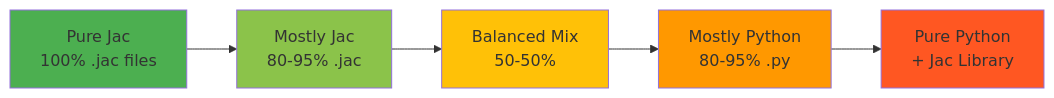
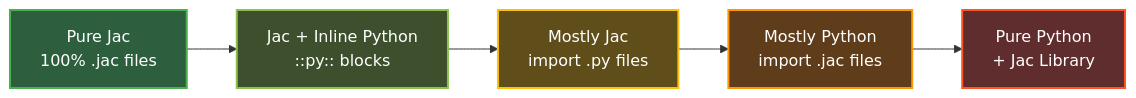
The diagram in docs/docs/learn/superset_python.md (Gorgeous-Patrick/jaseci), drawn with Mermaid before and after one commit. The commit also changed other lines of this file, not shown here.

````diff
--- a/docs/docs/learn/superset_python.md
+++ b/docs/docs/learn/superset_python.md
@@ -124,13 +141,13 @@
 ```mermaid
 graph LR
-    A[Pure Jac<br/>100% .jac files] --> B[Mostly Jac<br/>80-95% .jac]
-    B --> C[Balanced Mix<br/>50-50%]
-    C --> D[Mostly Python<br/>80-95% .py]
+    A[Pure Jac<br/>100% .jac files] --> B[Jac + Inline Python<br/>::py:: blocks]
+    B --> C[Mostly Jac<br/>import .py files]
+    C --> D[Mostly Python<br/>import .jac files]
     D --> E[Pure Python<br/>+ Jac Library]
 
-    style A fill:#4CAF50
-    style B fill:#8BC34A
-    style C fill:#FFC107
-    style D fill:#FF9800
-    style E fill:#FF5722
+    style A fill:#2d5f3f,stroke:#4CAF50,stroke-width:2px,color:#fff
+    style B fill:#3d4f2d,stroke:#8BC34A,stroke-width:2px,color:#fff
+    style C fill:#5f4d1a,stroke:#FFC107,stroke-width:2px,color:#fff
+    style D fill:#5f3d1a,stroke:#FF9800,stroke-width:2px,color:#fff
+    style E fill:#5f2d2d,stroke:#FF5722,stroke-width:2px,color:#fff
 ```
````
